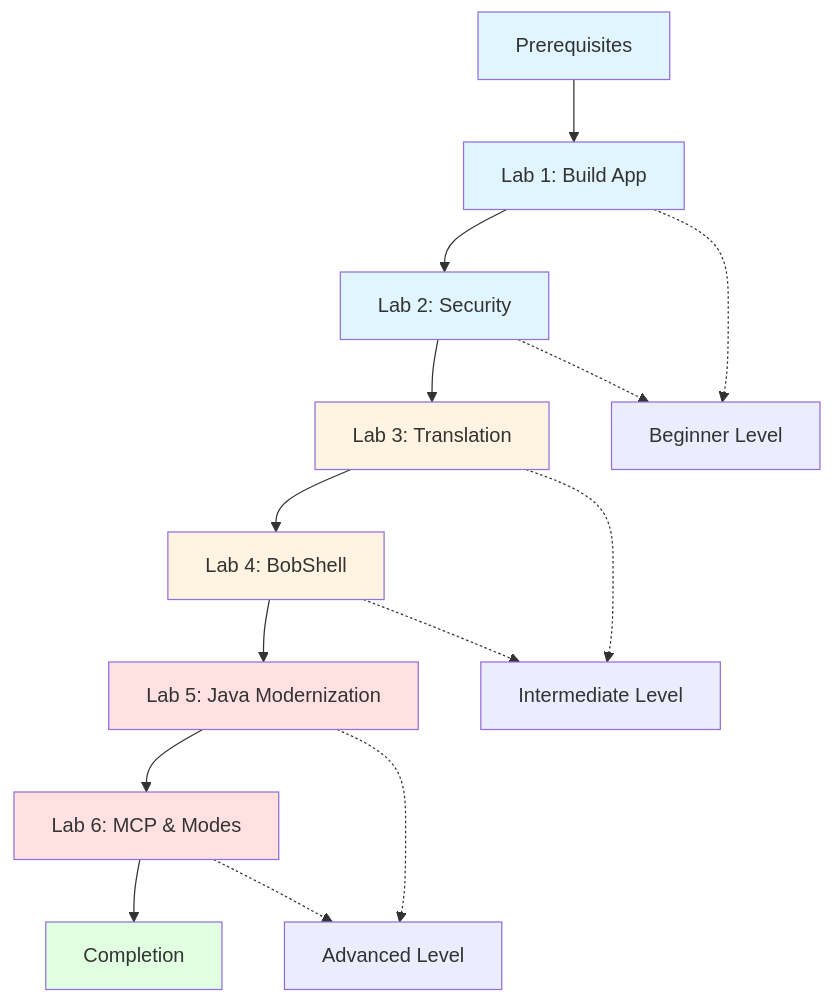
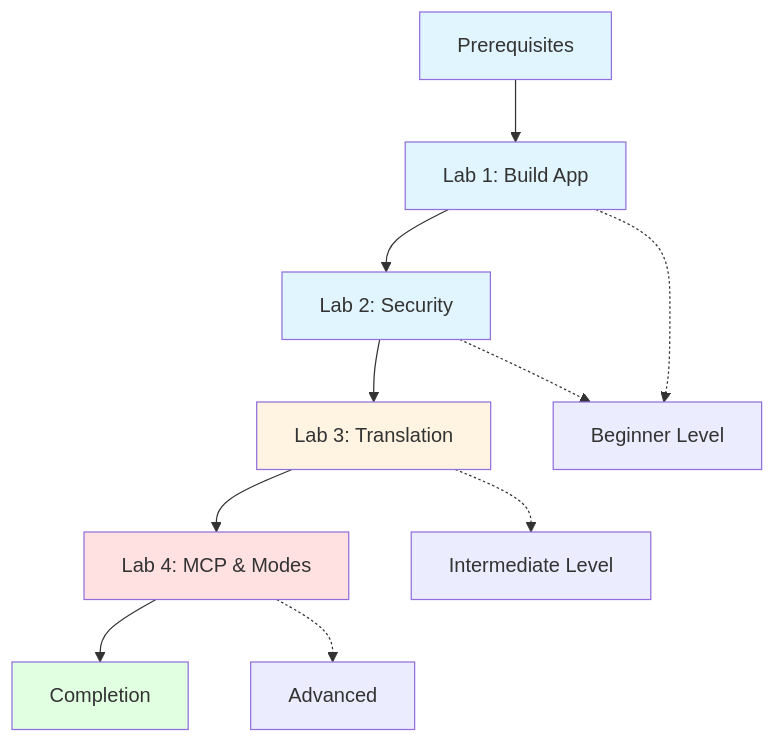
The diagram in README.md (MEA-Watsonx-bootcamp-IBM/Bob-Client-Bootcamp), drawn with Mermaid before and after one commit. The commit also changed other lines of this file, not shown here.

````diff
--- a/README.md
+++ b/README.md
@@ -215,26 +166,20 @@
 ```mermaid
 graph TB
     Start[Prerequisites] --> L1[Lab 1: Build App]
     L1 --> L2[Lab 2: Security]
     L2 --> L3[Lab 3: Translation]
-    L3 --> L4[Lab 4: BobShell]
-    L4 --> L5[Lab 5: Java Modernization]
-    L5 --> L6[Lab 6: MCP & Modes]
-    L6 --> Complete[Completion]
+    L3 --> L4[Lab 4: MCP & Modes]
+    L4 --> Complete[Completion]
     
     L1 -.-> Beginner[Beginner Level]
     L2 -.-> Beginner
     L3 -.-> Intermediate[Intermediate Level]
-    L4 -.-> Intermediate
-    L5 -.-> Advanced[Advanced Level]
-    L6 -.-> Advanced
+    L4 -.-> Advanced
     
     style Start fill:#e1f5ff
     style L1 fill:#e1f5ff
     style L2 fill:#e1f5ff
     style L3 fill:#fff4e1
-    style L4 fill:#fff4e1
-    style L5 fill:#ffe1e1
-    style L6 fill:#ffe1e1
+    style L4 fill:#ffe1e1
     style Complete fill:#e1ffe1
 ```
````
